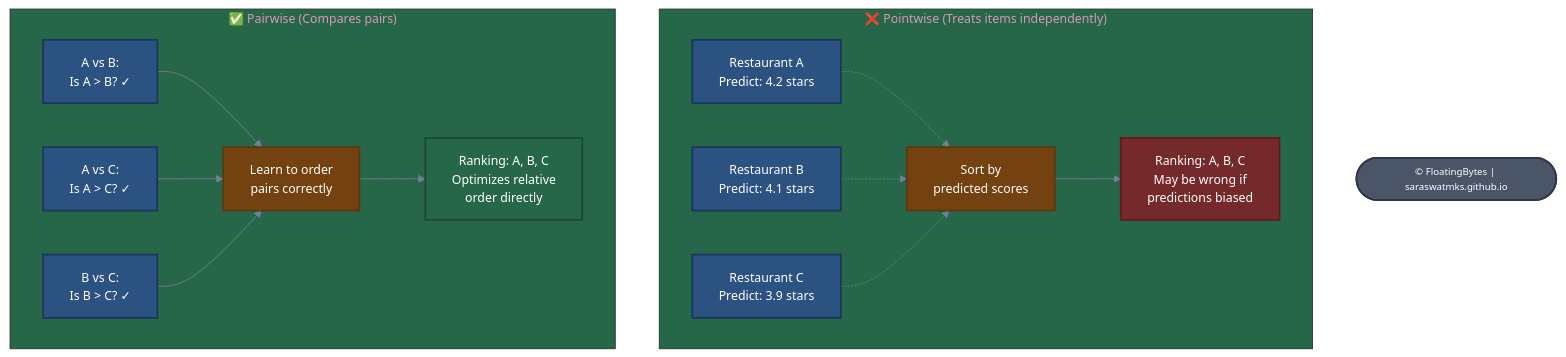
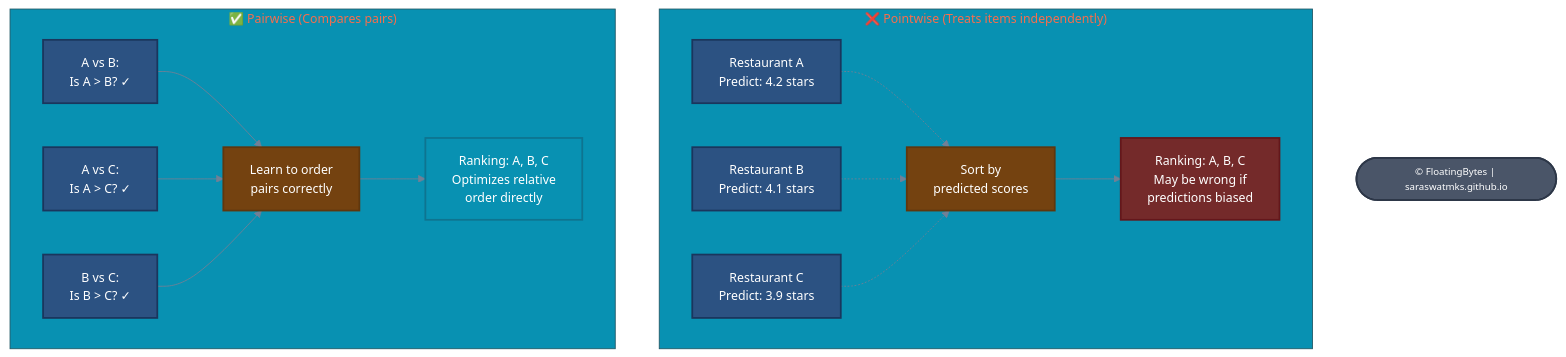
The first of 4 diagrams in _posts/2026/2026-02-07-lightgbm_pairwise_lambdarank.md (saraswatmks/saraswatmks.github.com), drawn with Mermaid before and after one commit. The commit also changed other lines of this file, not shown here.

Commit message:
Fix Mermaid colors and LaTeX rendering

````diff
--- a/_posts/2026/2026-02-07-lightgbm_pairwise_lambdarank.md
+++ b/_posts/2026/2026-02-07-lightgbm_pairwise_lambdarank.md
@@ -50,51 +50,51 @@
 ```mermaid
 %%{init: {
   'theme': 'base',
   'themeVariables': {
     'primaryColor': '#2C5282',
     'primaryTextColor': '#FFFFFF',
     'primaryBorderColor': '#1A365D',
     'lineColor': '#718096',
     'secondaryColor': '#744210',
-    'tertiaryColor': '#276749',
+    'tertiaryColor': '#0891B2',
     'fontSize': '14px',
     'fontFamily': 'system-ui, -apple-system, sans-serif'
   }
 }}%%
 
 graph TD
     subgraph Pointwise["❌ Pointwise (Treats items independently)"]
         P1[Restaurant A<br/>Predict: 4.2 stars]
         P2[Restaurant B<br/>Predict: 4.1 stars]
         P3[Restaurant C<br/>Predict: 3.9 stars]
         P1 -.-> P_SORT[Sort by<br/>predicted scores]
         P2 -.-> P_SORT
         P3 -.-> P_SORT
         P_SORT --> P_RESULT[Ranking: A, B, C<br/>May be wrong if<br/>predictions biased]
     end
 
     subgraph Pairwise["✅ Pairwise (Compares pairs)"]
         Q1[A vs B:<br/>Is A > B? ✓]
         Q2[A vs C:<br/>Is A > C? ✓]
         Q3[B vs C:<br/>Is B > C? ✓]
         Q1 --> Q_LEARN[Learn to order<br/>pairs correctly]
         Q2 --> Q_LEARN
         Q3 --> Q_LEARN
         Q_LEARN --> Q_RESULT[Ranking: A, B, C<br/>Optimizes relative<br/>order directly]
     end
 
     WM(["© FloatingBytes | saraswatmks.github.io"])
 
     style P1 fill:#2C5282,stroke:#1A365D,stroke-width:2px,color:#FFFFFF
     style P2 fill:#2C5282,stroke:#1A365D,stroke-width:2px,color:#FFFFFF
     style P3 fill:#2C5282,stroke:#1A365D,stroke-width:2px,color:#FFFFFF
     style P_SORT fill:#744210,stroke:#5F370E,stroke-width:2px,color:#FFFFFF
     style P_RESULT fill:#742A2A,stroke:#63171B,stroke-width:2px,color:#FFFFFF
     style Q1 fill:#2C5282,stroke:#1A365D,stroke-width:2px,color:#FFFFFF
     style Q2 fill:#2C5282,stroke:#1A365D,stroke-width:2px,color:#FFFFFF
     style Q3 fill:#2C5282,stroke:#1A365D,stroke-width:2px,color:#FFFFFF
     style Q_LEARN fill:#744210,stroke:#5F370E,stroke-width:2px,color:#FFFFFF
-    style Q_RESULT fill:#276749,stroke:#1C4532,stroke-width:2px,color:#FFFFFF
+    style Q_RESULT fill:#0891B2,stroke:#0E7490,stroke-width:2px,color:#FFFFFF
     style WM fill:#4A5568,stroke:#2D3748,stroke-width:2px,color:#FFFFFF,font-size:11px
 
 ```
````
